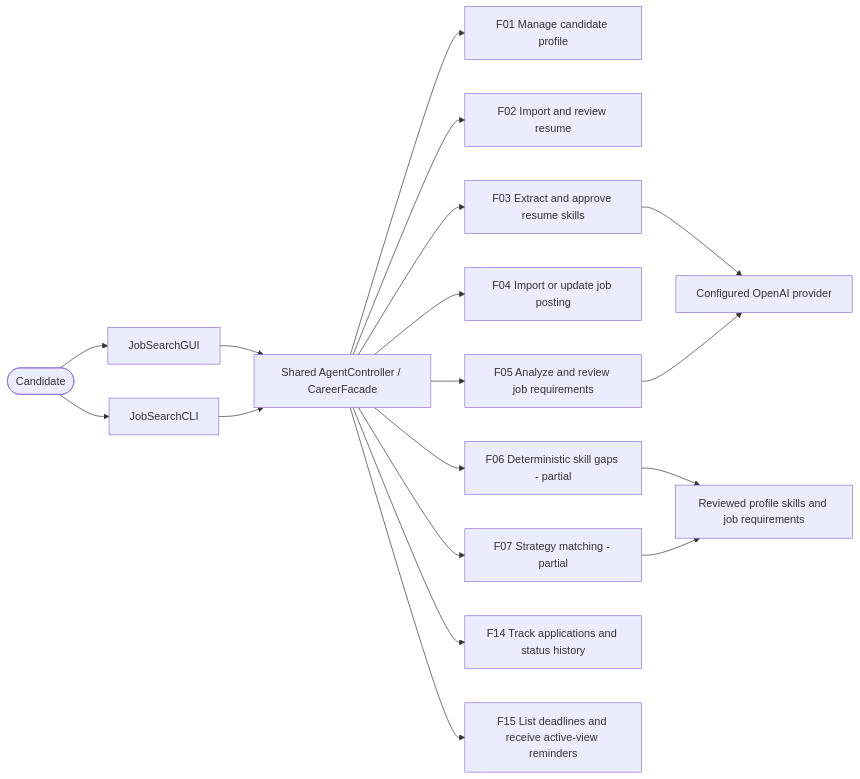
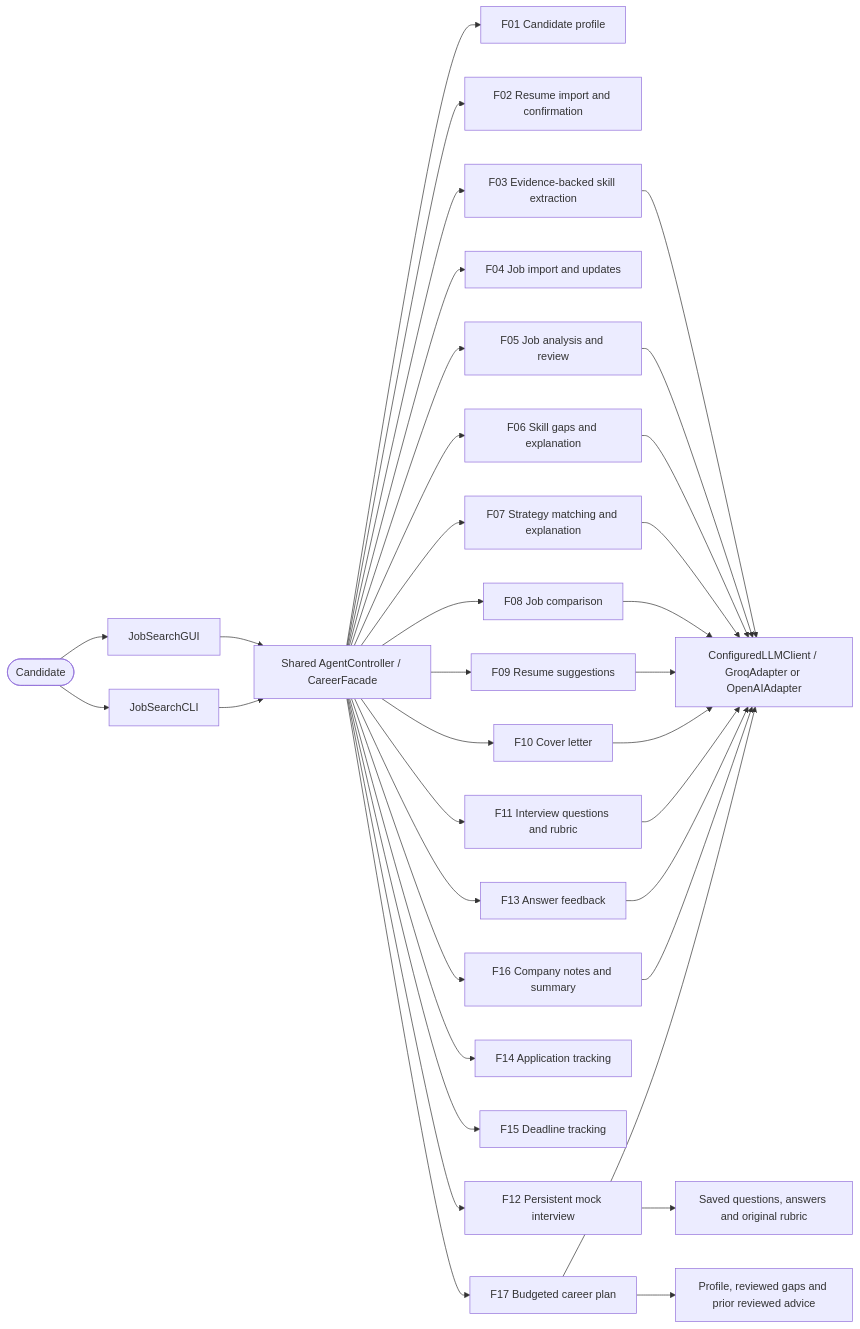
One commit to syedaafatima/EECS3311-Project changed the diagram in Diagrams/stage2_use_cases.md. Above: the diagram before and after it, drawn with Mermaid. The commit also changed other lines of this file and 16 other files, not shown here.

Commit message:
Prepare Stage 2 report drafts, updated UML and demonstration records

````diff
--- a/Diagrams/stage2_use_cases.md
+++ b/Diagrams/stage2_use_cases.md
@@ -3,20 +3,37 @@
 ```mermaid
 flowchart LR
     Candidate([Candidate]) --> GUI[JobSearchGUI]
     Candidate --> CLI[JobSearchCLI]
-    GUI --> Shared[Shared AgentController / CareerFacade]
-    CLI --> Shared
-    Shared --> F01[F01 Manage candidate profile]
-    Shared --> F02[F02 Import and review resume]
-    Shared --> F03[F03 Extract and approve resume skills]
-    Shared --> F04[F04 Import or update job posting]
-    Shared --> F05[F05 Analyze and review job requirements]
-    Shared --> F06[F06 Deterministic skill gaps - partial]
-    Shared --> F07[F07 Strategy matching - partial]
-    Shared --> F14[F14 Track applications and status history]
-    Shared --> F15[F15 List deadlines and receive active-view reminders]
-    F03 --> Provider[Configured OpenAI provider]
-    F05 --> Provider
-    F06 --> Reviewed[Reviewed profile skills and job requirements]
-    F07 --> Reviewed
+    GUI --> C[Shared AgentController / CareerFacade]
+    CLI --> C
+    C --> F01[F01 Candidate profile]
+    C --> F02[F02 Resume import and confirmation]
+    C --> F03[F03 Evidence-backed skill extraction]
+    C --> F04[F04 Job import and updates]
+    C --> F05[F05 Job analysis and review]
+    C --> F06[F06 Skill gaps and explanation]
+    C --> F07[F07 Strategy matching and explanation]
+    C --> F08[F08 Job comparison]
+    C --> F09[F09 Resume suggestions]
+    C --> F10[F10 Cover letter]
+    C --> F11[F11 Interview questions and rubric]
+    C --> F12[F12 Persistent mock interview]
+    C --> F13[F13 Answer feedback]
+    C --> F14[F14 Application tracking]
+    C --> F15[F15 Deadline tracking]
+    C --> F16[F16 Company notes and summary]
+    C --> F17[F17 Budgeted career plan]
+    F03 --> L[ConfiguredLLMClient / GroqAdapter or OpenAIAdapter]
+    F05 --> L
+    F06 --> L
+    F07 --> L
+    F08 --> L
+    F09 --> L
+    F10 --> L
+    F11 --> L
+    F13 --> L
+    F16 --> L
+    F17 --> L
+    F12 --> Q[Saved questions, answers and original rubric]
+    F17 --> M[Profile, reviewed gaps and prior reviewed advice]
 ```
````
